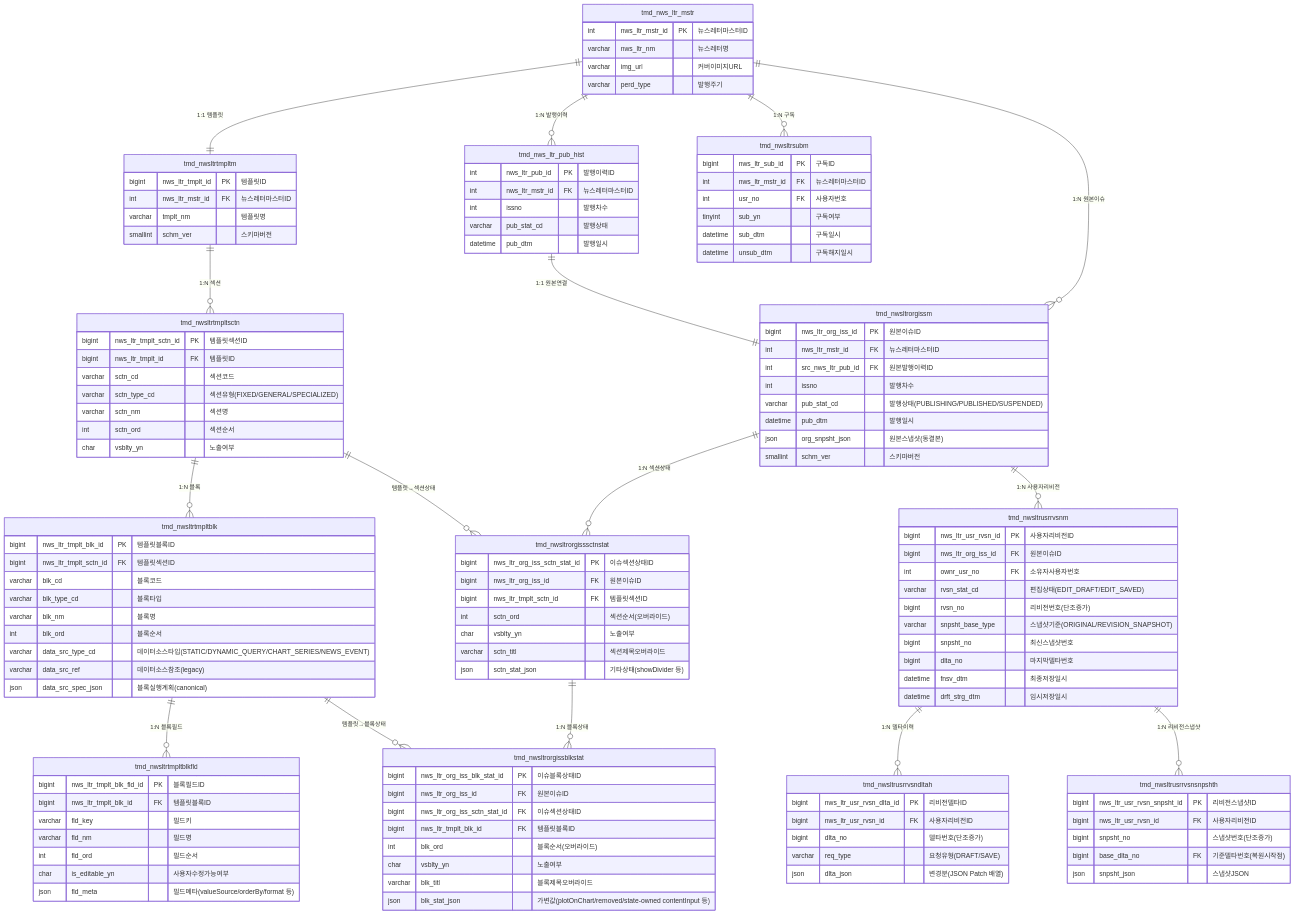
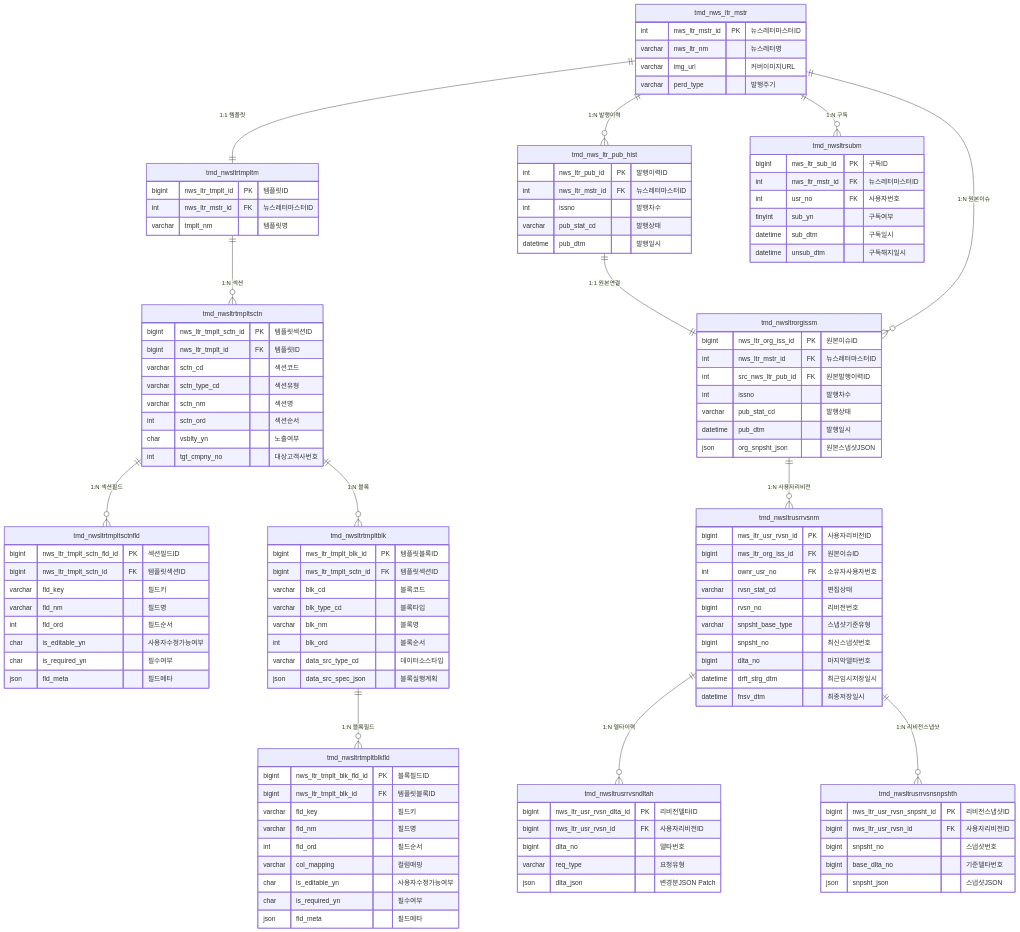
One commit to enkhbaatarL/backtend changed the diagram in docs/newsletter-v2-confluence-guide.md. Above: the diagram before and after it, drawn with Mermaid. The commit also changed other lines of this file and 38 other files, not shown here.

First line of the commit message:
refactor(snapshot): 뉴스레터 V2 이슈 상태 테이블 제거 및 섹션 필드 모델 도입

````diff
--- a/docs/newsletter-v2-confluence-guide.md
+++ b/docs/newsletter-v2-confluence-guide.md
@@ -322,8 +339,5 @@
 ```mermaid
 erDiagram
-    %% ─────────────────────────────────────────
-    %% 기존 테이블
-    %% ─────────────────────────────────────────
     tmd_nws_ltr_mstr {
         int nws_ltr_mstr_id PK "뉴스레터마스터ID"
         varchar nws_ltr_nm "뉴스레터명"
@@ -339,24 +353,32 @@
         datetime pub_dtm "발행일시"
     }
 
-    %% ─────────────────────────────────────────
-    %% Template 그룹
-    %% ─────────────────────────────────────────
     tmd_nwsltrtmpltm {
         bigint nws_ltr_tmplt_id PK "템플릿ID"
         int nws_ltr_mstr_id FK "뉴스레터마스터ID"
         varchar tmplt_nm "템플릿명"
-        smallint schm_ver "스키마버전"
     }
 
     tmd_nwsltrtmpltsctn {
         bigint nws_ltr_tmplt_sctn_id PK "템플릿섹션ID"
         bigint nws_ltr_tmplt_id FK "템플릿ID"
         varchar sctn_cd "섹션코드"
-        varchar sctn_type_cd "섹션유형(FIXED/GENERAL/SPECIALIZED)"
+        varchar sctn_type_cd "섹션유형"
         varchar sctn_nm "섹션명"
         int sctn_ord "섹션순서"
         char vsblty_yn "노출여부"
+        int tgt_cmpny_no "대상고객사번호"
+    }
+
+    tmd_nwsltrtmpltsctnfld {
+        bigint nws_ltr_tmplt_sctn_fld_id PK "섹션필드ID"
+        bigint nws_ltr_tmplt_sctn_id FK "템플릿섹션ID"
+        varchar fld_key "필드키"
+        varchar fld_nm "필드명"
+        int fld_ord "필드순서"
+        char is_editable_yn "사용자수정가능여부"
+        char is_required_yn "필수여부"
+        json fld_meta "필드메타"
     }
 
     tmd_nwsltrtmpltblk {
@@ -366,9 +388,8 @@
         varchar blk_type_cd "블록타입"
         varchar blk_nm "블록명"
         int blk_ord "블록순서"
-        varchar data_src_type_cd "데이터소스타입(STATIC/DYNAMIC_QUERY/CHART_SERIES/NEWS_EVENT)"
-        varchar data_src_ref "데이터소스참조(legacy)"
-        json data_src_spec_json "블록실행계획(canonical)"
+        varchar data_src_type_cd "데이터소스타입"
+        json data_src_spec_json "블록실행계획"
     }
 
     tmd_nwsltrtmpltblkfld {
@@ -377,80 +398,51 @@
         varchar fld_key "필드키"
         varchar fld_nm "필드명"
         int fld_ord "필드순서"
+        varchar col_mapping "컬럼매핑"
         char is_editable_yn "사용자수정가능여부"
-        json fld_meta "필드메타(valueSource/orderBy/format 등)"
+        char is_required_yn "필수여부"
+        json fld_meta "필드메타"
     }
 
-    %% ─────────────────────────────────────────
-    %% Original Issue 그룹
-    %% ─────────────────────────────────────────
     tmd_nwsltrorgissm {
         bigint nws_ltr_org_iss_id PK "원본이슈ID"
         int nws_ltr_mstr_id FK "뉴스레터마스터ID"
         int src_nws_ltr_pub_id FK "원본발행이력ID"
         int issno "발행차수"
-        varchar pub_stat_cd "발행상태(PUBLISHING/PUBLISHED/SUSPENDED)"
+        varchar pub_stat_cd "발행상태"
         datetime pub_dtm "발행일시"
-        json org_snpsht_json "원본스냅샷(동결본)"
-        smallint schm_ver "스키마버전"
+        json org_snpsht_json "원본스냅샷JSON"
     }
 
-    tmd_nwsltrorgisssctnstat {
-        bigint nws_ltr_org_iss_sctn_stat_id PK "이슈섹션상태ID"
-        bigint nws_ltr_org_iss_id FK "원본이슈ID"
-        bigint nws_ltr_tmplt_sctn_id FK "템플릿섹션ID"
-        int sctn_ord "섹션순서(오버라이드)"
-        char vsblty_yn "노출여부"
-        varchar sctn_titl "섹션제목오버라이드"
-        json sctn_stat_json "기타상태(showDivider 등)"
-    }
-
-    tmd_nwsltrorgissblkstat {
-        bigint nws_ltr_org_iss_blk_stat_id PK "이슈블록상태ID"
-        bigint nws_ltr_org_iss_id FK "원본이슈ID"
-        bigint nws_ltr_org_iss_sctn_stat_id FK "이슈섹션상태ID"
-        bigint nws_ltr_tmplt_blk_id FK "템플릿블록ID"
-        int blk_ord "블록순서(오버라이드)"
-        char vsblty_yn "노출여부"
-        varchar blk_titl "블록제목오버라이드"
-        json blk_stat_json "가변값(plotOnChart/removed/state-owned contentInput 등)"
-    }
-
-    %% ─────────────────────────────────────────
-    %% User Revision 그룹
-    %% ─────────────────────────────────────────
     tmd_nwsltrusrrvsnm {
         bigint nws_ltr_usr_rvsn_id PK "사용자리비전ID"
         bigint nws_ltr_org_iss_id FK "원본이슈ID"
         int ownr_usr_no FK "소유자사용자번호"
-        varchar rvsn_stat_cd "편집상태(EDIT_DRAFT/EDIT_SAVED)"
-        bigint rvsn_no "리비전번호(단조증가)"
-        varchar snpsht_base_type "스냅샷기준(ORIGINAL/REVISION_SNAPSHOT)"
+        varchar rvsn_stat_cd "편집상태"
+        bigint rvsn_no "리비전번호"
+        varchar snpsht_base_type "스냅샷기준유형"
         bigint snpsht_no "최신스냅샷번호"
         bigint dlta_no "마지막델타번호"
+        datetime drft_strg_dtm "최근임시저장일시"
         datetime fnsv_dtm "최종저장일시"
-        datetime drft_strg_dtm "임시저장일시"
     }
 
     tmd_nwsltrusrrvsndltah {
         bigint nws_ltr_usr_rvsn_dlta_id PK "리비전델타ID"
         bigint nws_ltr_usr_rvsn_id FK "사용자리비전ID"
-        bigint dlta_no "델타번호(단조증가)"
-        varchar req_type "요청유형(DRAFT/SAVE)"
-        json dlta_json "변경분(JSON Patch 배열)"
+        bigint dlta_no "델타번호"
+        varchar req_type "요청유형"
+        json dlta_json "변경분JSON Patch"
     }
 
     tmd_nwsltrusrrvsnsnpshth {
         bigint nws_ltr_usr_rvsn_snpsht_id PK "리비전스냅샷ID"
         bigint nws_ltr_usr_rvsn_id FK "사용자리비전ID"
-        bigint snpsht_no "스냅샷번호(단조증가)"
-        bigint base_dlta_no FK "기준델타번호(복원시작점)"
+        bigint snpsht_no "스냅샷번호"
+        bigint base_dlta_no "기준델타번호"
         json snpsht_json "스냅샷JSON"
     }
 
-    %% ─────────────────────────────────────────
-    %% Subscription
-    %% ─────────────────────────────────────────
     tmd_nwsltrsubm {
         bigint nws_ltr_sub_id PK "구독ID"
         int nws_ltr_mstr_id FK "뉴스레터마스터ID"
@@ -460,32 +452,16 @@
         datetime unsub_dtm "구독해지일시"
     }
 
-    %% ─────────────────────────────────────────
-    %% 관계 정의
-    %% ─────────────────────────────────────────
-
-    %% 기존
     tmd_nws_ltr_mstr ||--o{ tmd_nws_ltr_pub_hist : "1:N 발행이력"
-
-    %% Template
     tmd_nws_ltr_mstr ||--|| tmd_nwsltrtmpltm : "1:1 템플릿"
     tmd_nwsltrtmpltm ||--o{ tmd_nwsltrtmpltsctn : "1:N 섹션"
+    tmd_nwsltrtmpltsctn ||--o{ tmd_nwsltrtmpltsctnfld : "1:N 섹션필드"
     tmd_nwsltrtmpltsctn ||--o{ tmd_nwsltrtmpltblk : "1:N 블록"
     tmd_nwsltrtmpltblk ||--o{ tmd_nwsltrtmpltblkfld : "1:N 블록필드"
-
-    %% Original Issue
     tmd_nws_ltr_mstr ||--o{ tmd_nwsltrorgissm : "1:N 원본이슈"
     tmd_nws_ltr_pub_hist ||--|| tmd_nwsltrorgissm : "1:1 원본연결"
-    tmd_nwsltrorgissm ||--o{ tmd_nwsltrorgisssctnstat : "1:N 섹션상태"
-    tmd_nwsltrorgisssctnstat ||--o{ tmd_nwsltrorgissblkstat : "1:N 블록상태"
-    tmd_nwsltrtmpltsctn ||--o{ tmd_nwsltrorgisssctnstat : "템플릿→섹션상태"
-    tmd_nwsltrtmpltblk ||--o{ tmd_nwsltrorgissblkstat : "템플릿→블록상태"
-
-    %% User Revision
     tmd_nwsltrorgissm ||--o{ tmd_nwsltrusrrvsnm : "1:N 사용자리비전"
     tmd_nwsltrusrrvsnm ||--o{ tmd_nwsltrusrrvsndltah : "1:N 델타이력"
     tmd_nwsltrusrrvsnm ||--o{ tmd_nwsltrusrrvsnsnpshth : "1:N 리비전스냅샷"
-
-    %% Subscription
     tmd_nws_ltr_mstr ||--o{ tmd_nwsltrsubm : "1:N 구독"
 ```
````
